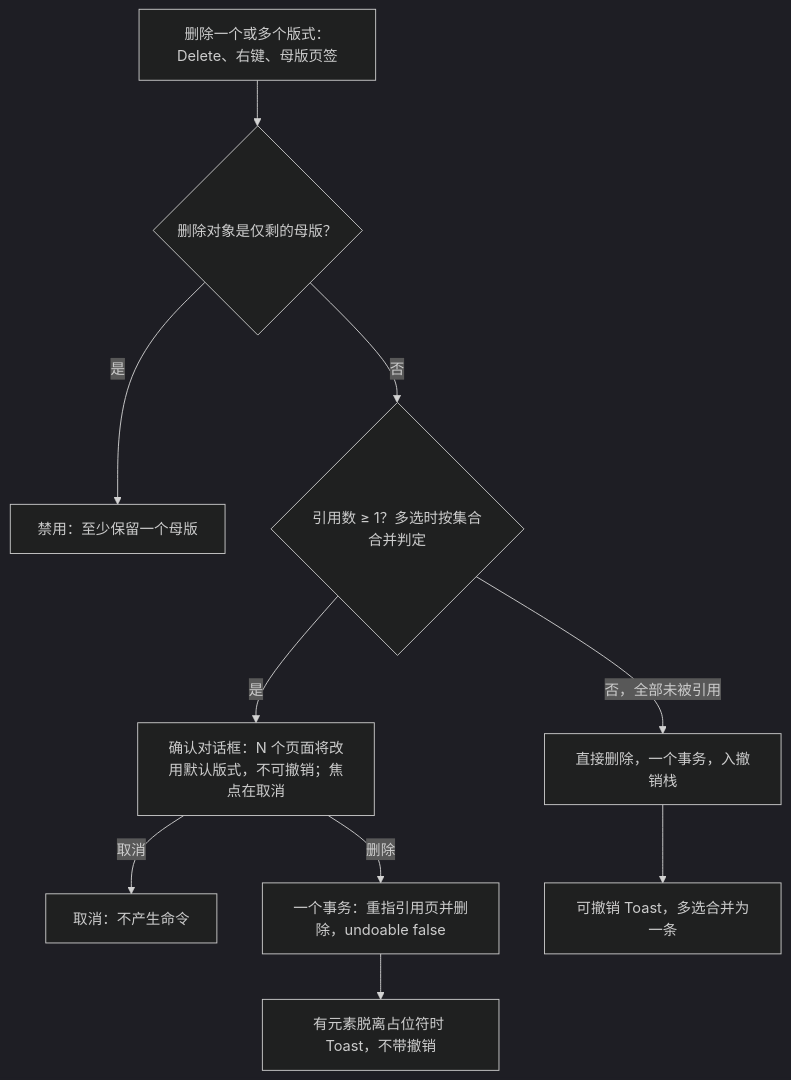
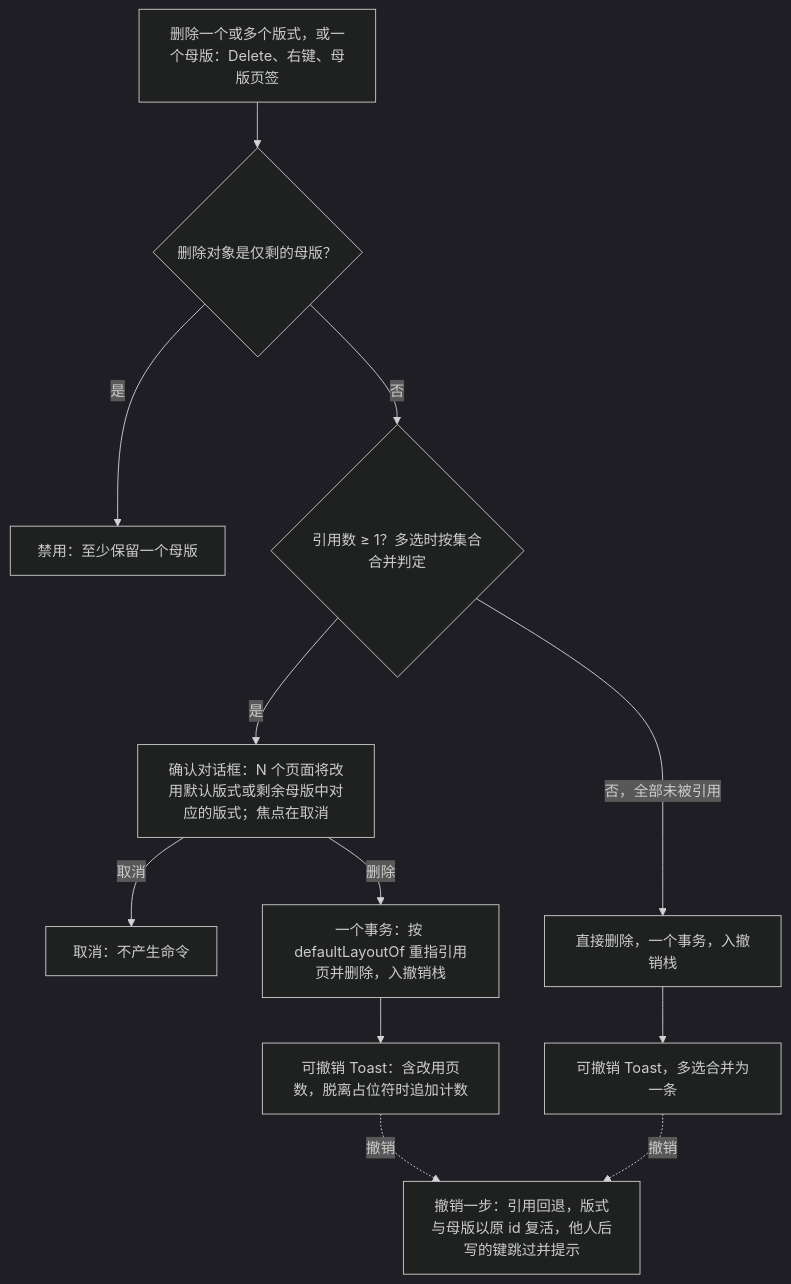
One commit to Xeonice/cordis-ppt-editor changed the sixth of 6 diagrams in docs/50-frontend/11-masters-layouts-and-themes.md. Above: the diagram before and after it, drawn with Mermaid (dark theme). The commit also changed other lines of this file and 31 other files, not shown here.

````diff
--- a/docs/50-frontend/11-masters-layouts-and-themes.md
+++ b/docs/50-frontend/11-masters-layouts-and-themes.md
@@ -331,20 +333,23 @@
 ```mermaid
 flowchart TB
-  del["删除一个或多个版式：Delete、右键、母版页签"]
+  del["删除一个或多个版式，或一个母版：Delete、右键、母版页签"]
   last{"删除对象是仅剩的母版？"}
   disabled["禁用：至少保留一个母版"]
   ref{"引用数 ≥ 1？多选时按集合合并判定"}
-  dialog["确认对话框：N 个页面将改用默认版式，不可撤销；焦点在取消"]
+  dialog["确认对话框：N 个页面将改用默认版式或剩余母版中对应的版式；焦点在取消"]
   cancel["取消：不产生命令"]
-  heavy["一个事务：重指引用页并删除，undoable false"]
-  unmatched["有元素脱离占位符时 Toast，不带撤销"]
+  heavy["一个事务：按 defaultLayoutOf 重指引用页并删除，入撤销栈"]
+  heavyToast["可撤销 Toast：含改用页数，脱离占位符时追加计数"]
   light["直接删除，一个事务，入撤销栈"]
   toast["可撤销 Toast，多选合并为一条"]
+  undo["撤销一步：引用回退，版式与母版以原 id 复活，他人后写的键跳过并提示"]
   del --> last
   last -->|"是"| disabled
   last -->|"否"| ref
   ref -->|"是"| dialog
-  dialog -->|"删除"| heavy --> unmatched
+  dialog -->|"删除"| heavy --> heavyToast
   dialog -->|"取消"| cancel
   ref -->|"否，全部未被引用"| light --> toast
+  heavyToast -.->|"撤销"| undo
+  toast -.->|"撤销"| undo
 ```
````
